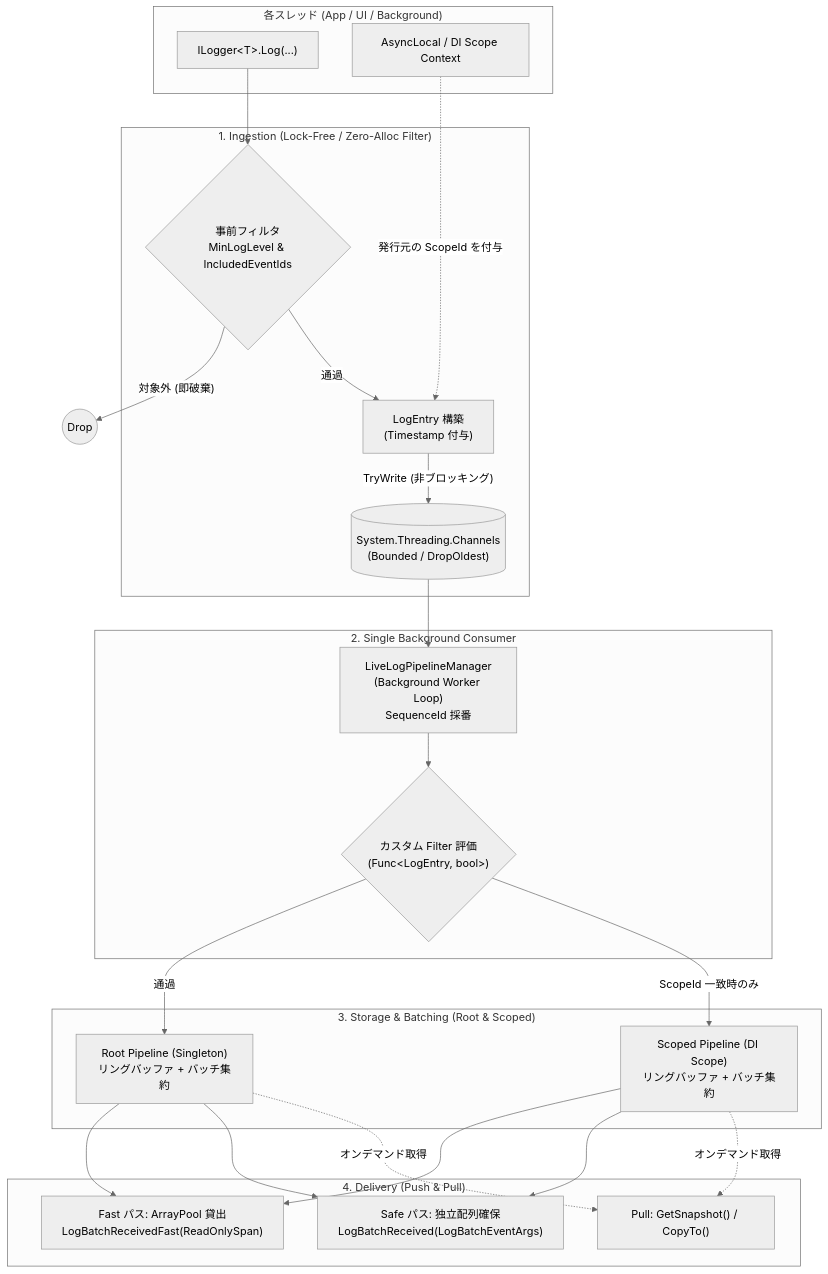
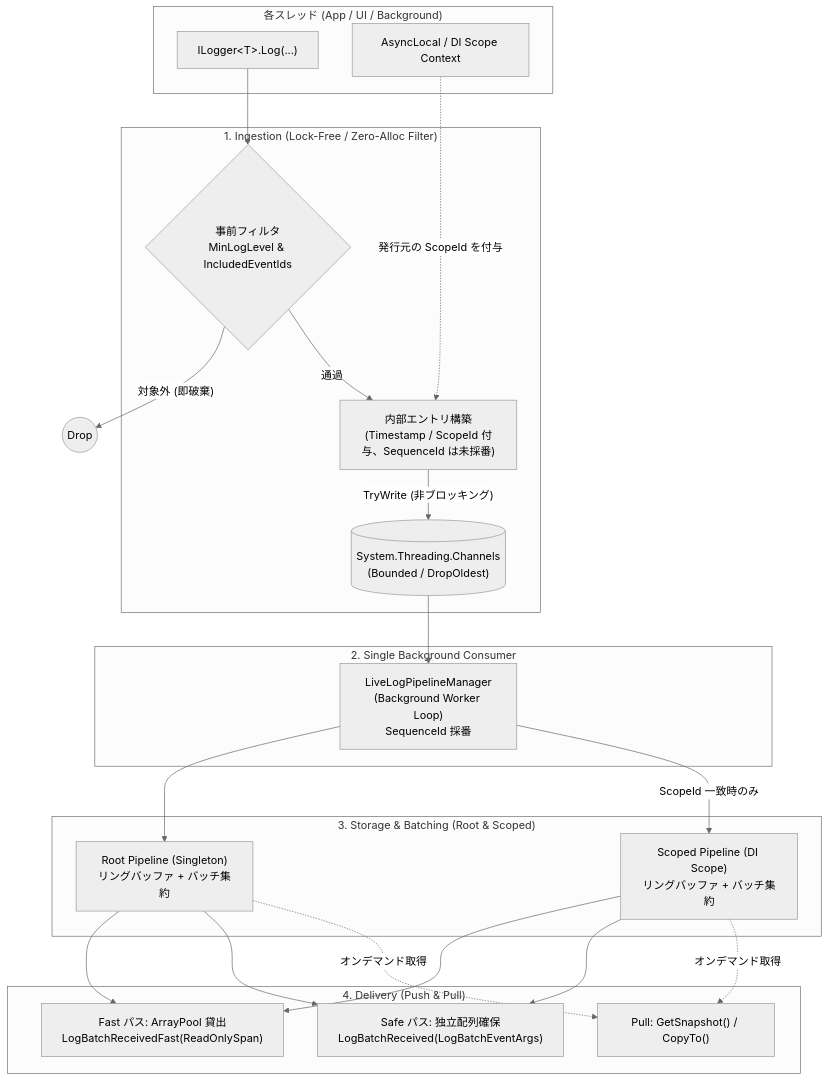
Before and after one commit to eagle628/LiveLogPipeline: the diagram in docs/DesignDoc.md, drawn with Mermaid (neutral theme). The commit also changed other lines of this file, not shown here.

````diff
--- a/docs/DesignDoc.md
+++ b/docs/DesignDoc.md
@@ -278,44 +274,42 @@
 ```mermaid
 flowchart TD
     subgraph Producers ["各スレッド (App / UI / Background)"]
         Logger["ILogger&lt;T&gt;.Log(...)"]
         ScopeCtx["AsyncLocal / DI Scope Context"]
     end
 
     subgraph Ingestion ["1. Ingestion (Lock-Free / Zero-Alloc Filter)"]
         PreFilter{"事前フィルタ<br/>MinLogLevel &amp; IncludedEventIds"}
-        SeqGen["LogEntry 構築<br/>(Timestamp 付与)"]
+        SeqGen["内部エントリ構築<br/>(Timestamp / ScopeId 付与、SequenceId は未採番)"]
         Channel[("System.Threading.Channels<br/>(Bounded / DropOldest)")]
     end
 
     subgraph Consumer ["2. Single Background Consumer"]
         Worker["LiveLogPipelineManager<br/>(Background Worker Loop)<br/>SequenceId 採番"]
-        CustomFilter{"カスタム Filter 評価<br/>(Func&lt;LogEntry, bool&gt;)"}
     end
 
     subgraph Pipelines ["3. Storage &amp; Batching (Root &amp; Scoped)"]
         RootPipe["Root Pipeline (Singleton)<br/>リングバッファ + バッチ集約"]
         ScopedPipe["Scoped Pipeline (DI Scope)<br/>リングバッファ + バッチ集約"]
     end
 
     subgraph Delivery ["4. Delivery (Push &amp; Pull)"]
         FastPath["Fast パス: ArrayPool 貸出<br/>LogBatchReceivedFast(ReadOnlySpan)"]
         SafePath["Safe パス: 独立配列確保<br/>LogBatchReceived(LogBatchEventArgs)"]
         PullPath["Pull: GetSnapshot() / CopyTo()"]
     end
 
     Logger --> PreFilter
     PreFilter -- "対象外 (即破棄)" --> Drop((Drop))
     PreFilter -- "通過" --> SeqGen
     ScopeCtx -. "発行元の ScopeId を付与" .-> SeqGen
     SeqGen -- "TryWrite (非ブロッキング)" --> Channel
 
     Channel --> Worker
-    Worker --> CustomFilter
-    CustomFilter -- "通過" --> RootPipe
-    CustomFilter -- "ScopeId 一致時のみ" --> ScopedPipe
+    Worker --> RootPipe
+    Worker -- "ScopeId 一致時のみ" --> ScopedPipe
 
     RootPipe & ScopedPipe --> FastPath
     RootPipe & ScopedPipe --> SafePath
     RootPipe & ScopedPipe -. "オンデマンド取得" .-> PullPath
 ```
````
